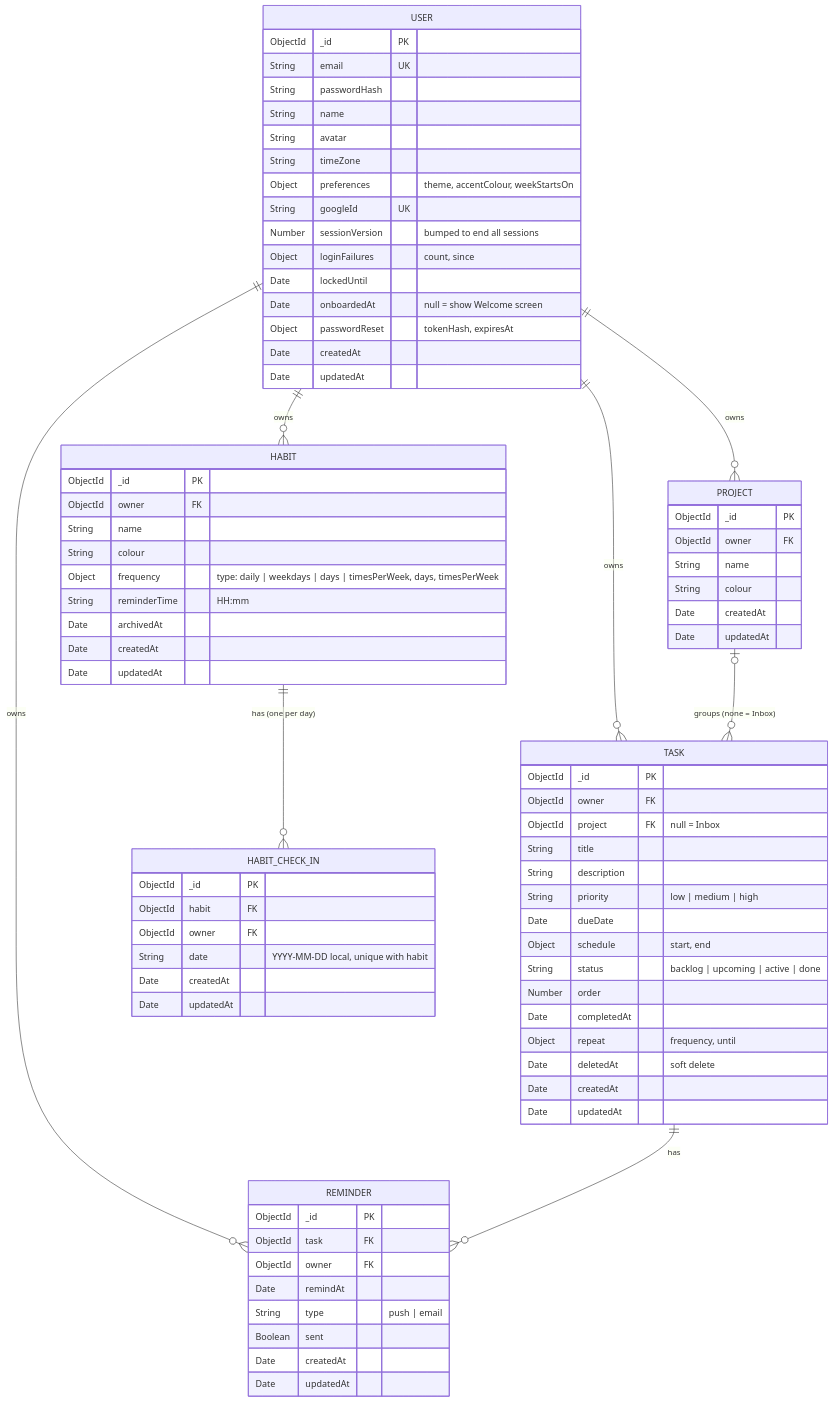
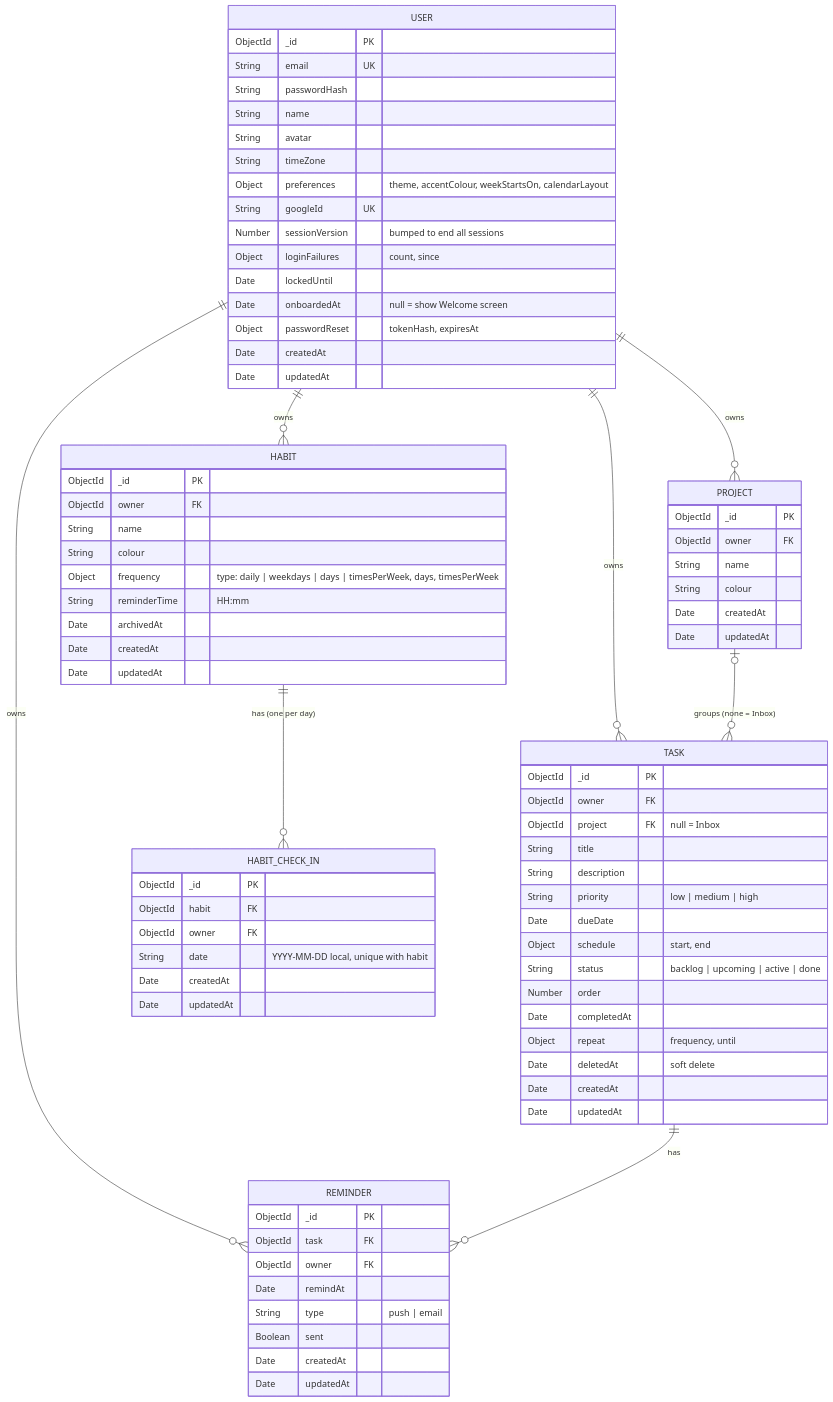
Before and after one commit to khang-ngo4444/VCD_Agendal: the diagram in docs/erd.mmd, drawn with Mermaid. The commit also changed 3 other files, not shown here.

Commit message:
Add default calendar layout to Appearance settings

```diff
--- a/docs/erd.mmd
+++ b/docs/erd.mmd
@@ -1,82 +1,82 @@
 %% Source for docs/erd.png. Re-render after editing:
 %% npx -y @mermaid-js/mermaid-cli -i docs/erd.mmd -o docs/erd.png -b white -s 2
 erDiagram
     USER ||--o{ PROJECT : owns
     USER ||--o{ TASK : owns
     USER ||--o{ REMINDER : owns
     PROJECT |o--o{ TASK : "groups (none = Inbox)"
     TASK ||--o{ REMINDER : has
     USER ||--o{ HABIT : owns
     HABIT ||--o{ HABIT_CHECK_IN : "has (one per day)"
 
     USER {
         ObjectId _id PK
         String email UK
         String passwordHash
         String name
         String avatar
         String timeZone
-        Object preferences "theme, accentColour, weekStartsOn"
+        Object preferences "theme, accentColour, weekStartsOn, calendarLayout"
         String googleId UK
         Number sessionVersion "bumped to end all sessions"
         Object loginFailures "count, since"
         Date lockedUntil
         Date onboardedAt "null = show Welcome screen"
         Object passwordReset "tokenHash, expiresAt"
         Date createdAt
         Date updatedAt
     }
     PROJECT {
         ObjectId _id PK
         ObjectId owner FK
         String name
         String colour
         Date createdAt
         Date updatedAt
     }
     TASK {
         ObjectId _id PK
         ObjectId owner FK
         ObjectId project FK "null = Inbox"
         String title
         String description
         String priority "low | medium | high"
         Date dueDate
         Object schedule "start, end"
         String status "backlog | upcoming | active | done"
         Number order
         Date completedAt
         Object repeat "frequency, until"
         Date deletedAt "soft delete"
         Date createdAt
         Date updatedAt
     }
     REMINDER {
         ObjectId _id PK
         ObjectId task FK
         ObjectId owner FK
         Date remindAt
         String type "push | email"
         Boolean sent
         Date createdAt
         Date updatedAt
     }
     HABIT {
         ObjectId _id PK
         ObjectId owner FK
         String name
         String colour
         Object frequency "type: daily | weekdays | days | timesPerWeek, days, timesPerWeek"
         String reminderTime "HH:mm"
         Date archivedAt
         Date createdAt
         Date updatedAt
     }
     HABIT_CHECK_IN {
         ObjectId _id PK
         ObjectId habit FK
         ObjectId owner FK
         String date "YYYY-MM-DD local, unique with habit"
         Date createdAt
         Date updatedAt
     }
```
